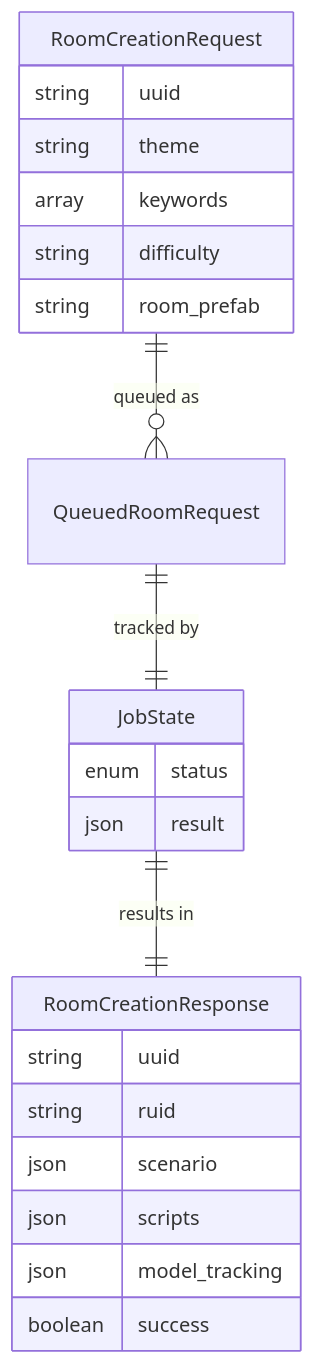
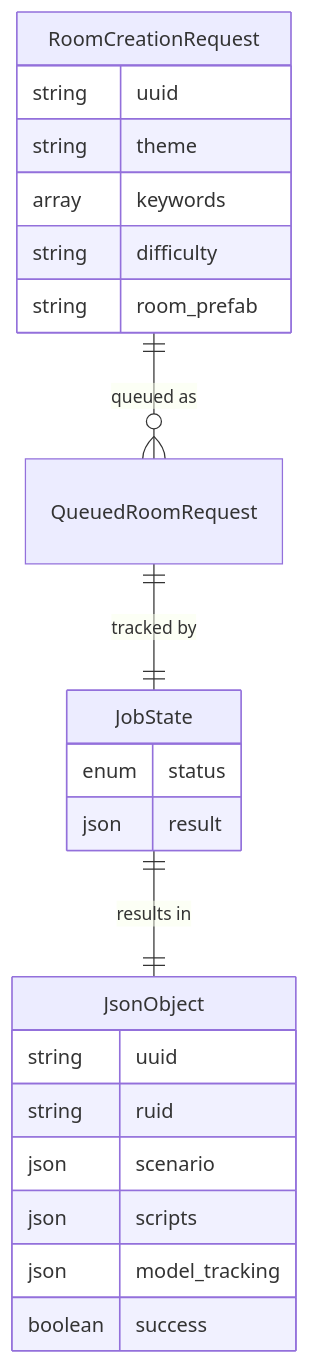
One commit to Febriez/eroom-docs changed the third of 3 diagrams in architecture/data-modeling.md. Above: the diagram before and after it, drawn with Mermaid. The commit also changed other lines of this file and 16 other files, not shown here.

```diff
--- a/architecture/data-modeling.md
+++ b/architecture/data-modeling.md
@@ -217,29 +225,29 @@
 {% mermaid %}
 erDiagram
 RoomCreationRequest ||--o{ QueuedRoomRequest : "queued as"
 QueuedRoomRequest ||--|| JobState : "tracked by"
-JobState ||--|| RoomCreationResponse : "results in"
+JobState ||--|| JsonObject : "results in"
 
     RoomCreationRequest {
         string uuid
         string theme
         array keywords
         string difficulty
         string room_prefab
     }
     
     JobState {
         enum status
         json result
     }
     
-    RoomCreationResponse {
+    JsonObject {
         string uuid
         string ruid
         json scenario
         json scripts
         json model_tracking
         boolean success
     }
 
 {% endmermaid %}
```
